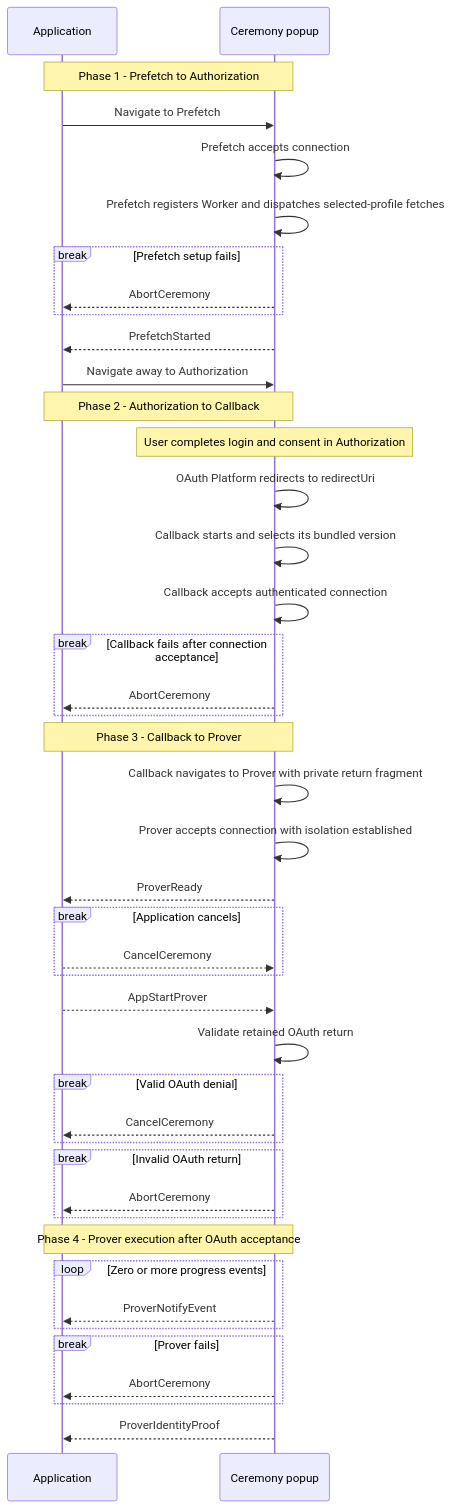
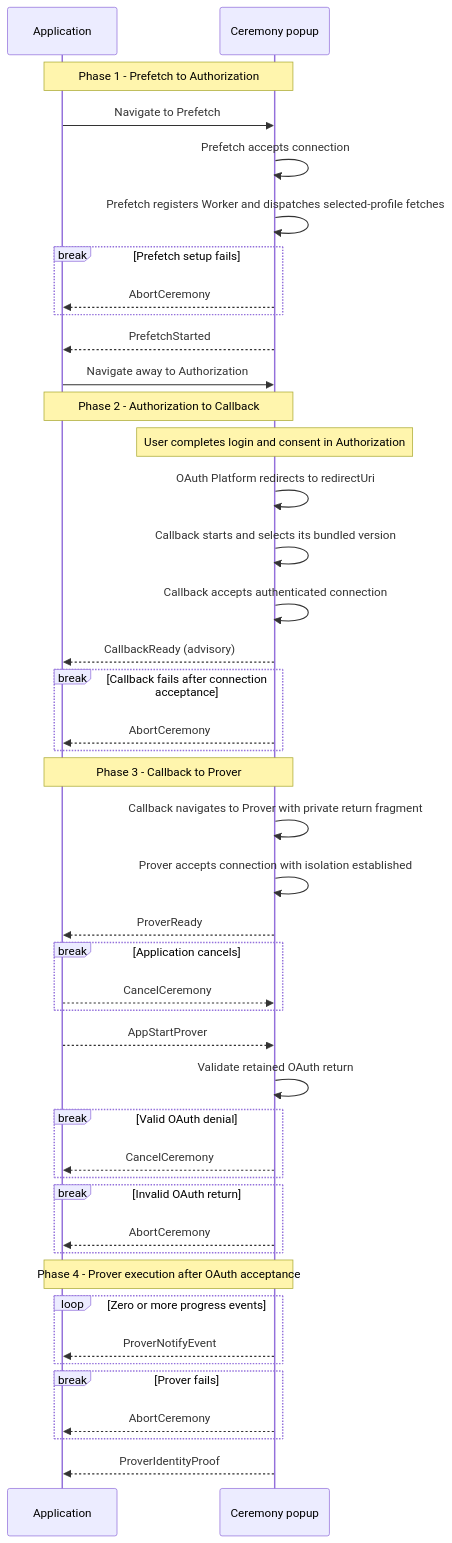
The diagram in ts/packages/ceremony/docs/protocol.md (libid-org/libid), drawn with Mermaid before and after one commit. The commit also changed other lines of this file and 14 other files, not shown here.

````diff
--- a/ts/packages/ceremony/docs/protocol.md
+++ b/ts/packages/ceremony/docs/protocol.md
@@ -402,49 +427,50 @@
 ```mermaid
 sequenceDiagram
     participant A as Application
     participant P as Ceremony popup
 
     Note over A,P: Phase 1 - Prefetch to Authorization
     A->>P: Navigate to Prefetch
     P->>P: Prefetch accepts connection
     P->>P: Prefetch registers Worker and dispatches selected-profile fetches
     break Prefetch setup fails
         P-->>A: AbortCeremony
     end
     P-->>A: PrefetchStarted
     A->>P: Navigate away to Authorization
 
     Note over A,P: Phase 2 - Authorization to Callback
     Note over P: User completes login and consent in Authorization
     P->>P: OAuth Platform redirects to redirectUri
     P->>P: Callback starts and selects its bundled version
     P->>P: Callback accepts authenticated connection
+    P-->>A: CallbackReady (advisory)
     break Callback fails after connection acceptance
         P-->>A: AbortCeremony
     end
 
     Note over A,P: Phase 3 - Callback to Prover
     P->>P: Callback navigates to Prover with private return fragment
     P->>P: Prover accepts connection with isolation established
     P-->>A: ProverReady
     break Application cancels
         A-->>P: CancelCeremony
     end
     A-->>P: AppStartProver
 
     P->>P: Validate retained OAuth return
     break Valid OAuth denial
         P-->>A: CancelCeremony
     end
     break Invalid OAuth return
         P-->>A: AbortCeremony
     end
     Note over A,P: Phase 4 - Prover execution after OAuth acceptance
     loop Zero or more progress events
         P-->>A: ProverNotifyEvent
     end
     break Prover fails
         P-->>A: AbortCeremony
     end
     P-->>A: ProverIdentityProof
 ```
````
